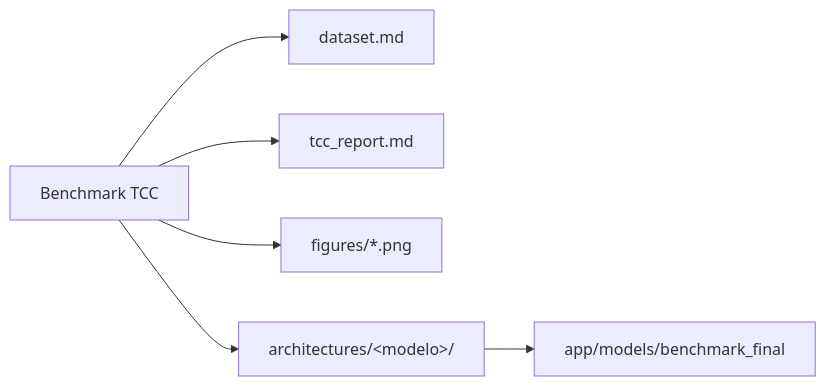
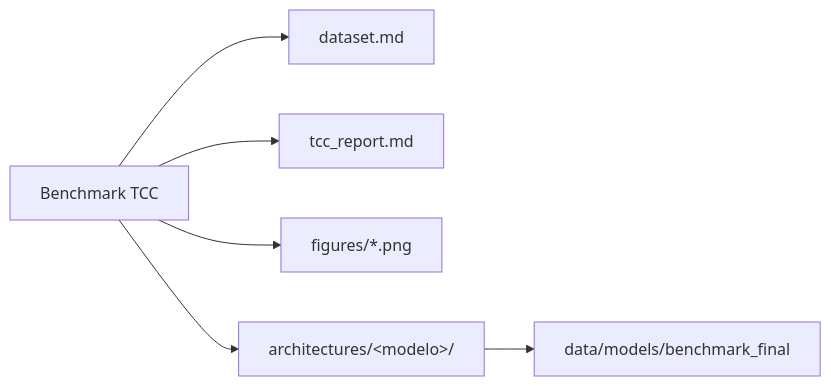
Before and after one commit to thierrybraga/XFakeSong: the third of 3 diagrams in docs/index.md, drawn with Mermaid. The commit also changed other lines of this file and 719 other files, not shown here.

````diff
--- a/docs/index.md
+++ b/docs/index.md
@@ -112,8 +112,8 @@
 ```mermaid
 flowchart LR
     A["Benchmark TCC"] --> B["dataset.md"]
     A --> C["tcc_report.md"]
     A --> D["figures/*.png"]
     A --> E["architectures/&lt;modelo&gt;/"]
-    E --> F["app/models/benchmark_final"]
+    E --> F["data/models/benchmark_final"]
 ```
````
